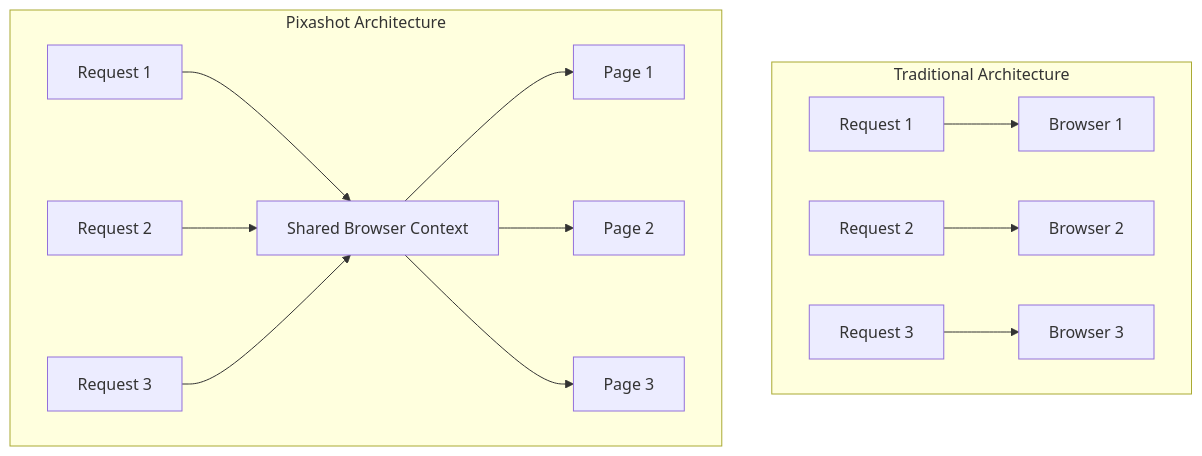
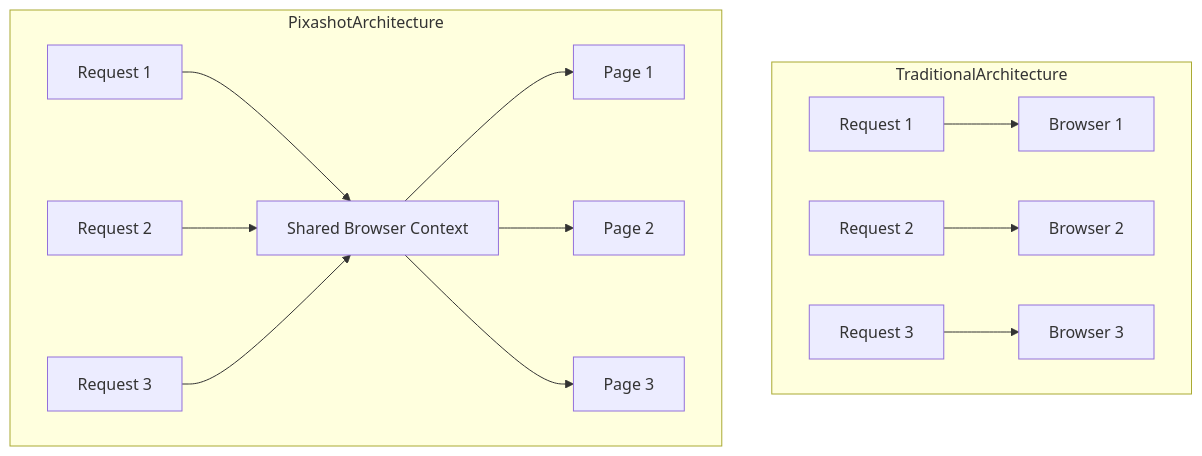
One commit to pixashot/docs changed the second of 6 diagrams in core-concepts/index.md. Above: the diagram before and after it, drawn with Mermaid. The commit also changed other lines of this file and 2 other files, not shown here.

Commit message:
Fixed mermaid graphs

````diff
--- a/core-concepts/index.md
+++ b/core-concepts/index.md
@@ -64,18 +64,17 @@
 ```mermaid
 graph TD
-    subgraph "Traditional Architecture"
+    subgraph TraditionalArchitecture
         A1[Request 1] --> B1[Browser 1]
         A2[Request 2] --> B2[Browser 2]
         A3[Request 3] --> B3[Browser 3]
     end
     
-    subgraph "Pixashot Architecture"
+    subgraph PixashotArchitecture
         C1[Request 1] --> D[Shared Browser Context]
         C2[Request 2] --> D
         C3[Request 3] --> D
-    
         D --> E1[Page 1]
         D --> E2[Page 2]
         D --> E3[Page 3]
     end
 ```
````
